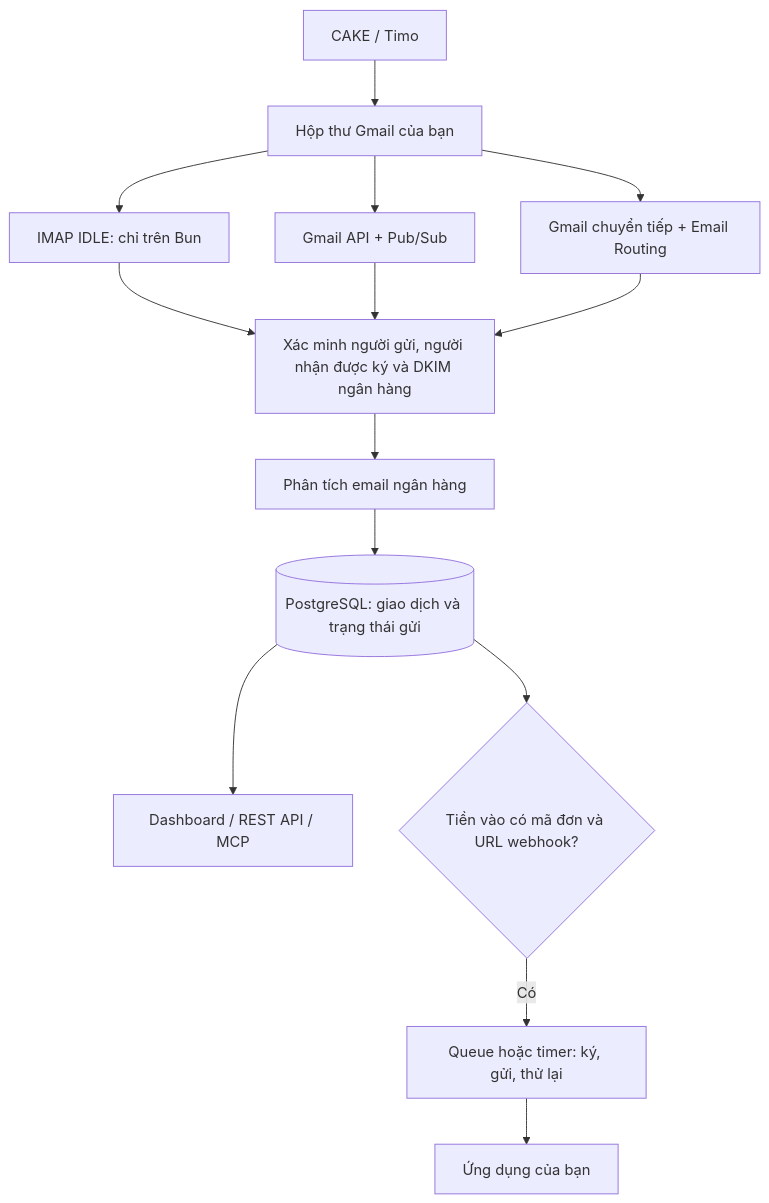
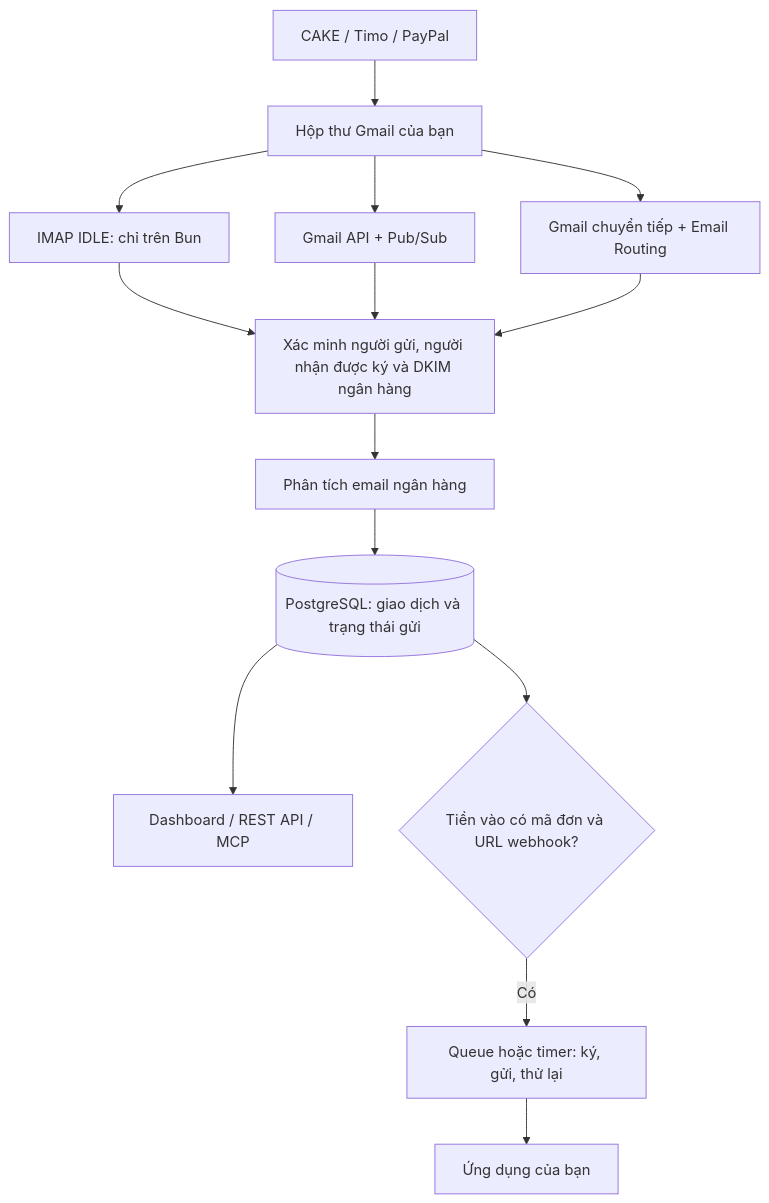
One commit to stormdang20/PayMailHook changed the diagram in README.vi.md. Above: the diagram before and after it, drawn with Mermaid. The commit also changed other lines of this file and 2 other files, not shown here.

````diff
--- a/README.vi.md
+++ b/README.vi.md
@@ -51,16 +52,16 @@
 ```mermaid
 flowchart TD
-    Bank[CAKE / Timo] --> Gmail[Hộp thư Gmail của bạn]
+    Bank[CAKE / Timo / PayPal] --> Gmail[Hộp thư Gmail của bạn]
     Gmail --> IMAP[IMAP IDLE: chỉ trên Bun]
     Gmail --> OAuth[Gmail API + Pub/Sub]
     Gmail --> Forward[Gmail chuyển tiếp + Email Routing]
     IMAP --> Verify[Xác minh người gửi, người nhận được ký và DKIM ngân hàng]
     OAuth --> Verify
     Forward --> Verify
     Verify --> Parse[Phân tích email ngân hàng]
     Parse --> DB[(PostgreSQL: giao dịch và trạng thái gửi)]
     DB --> UI[Dashboard / REST API / MCP]
     DB --> Match{Tiền vào có mã đơn và URL webhook?}
     Match -->|Có| Delivery[Queue hoặc timer: ký, gửi, thử lại]
     Delivery --> App[Ứng dụng của bạn]
 ```
````
